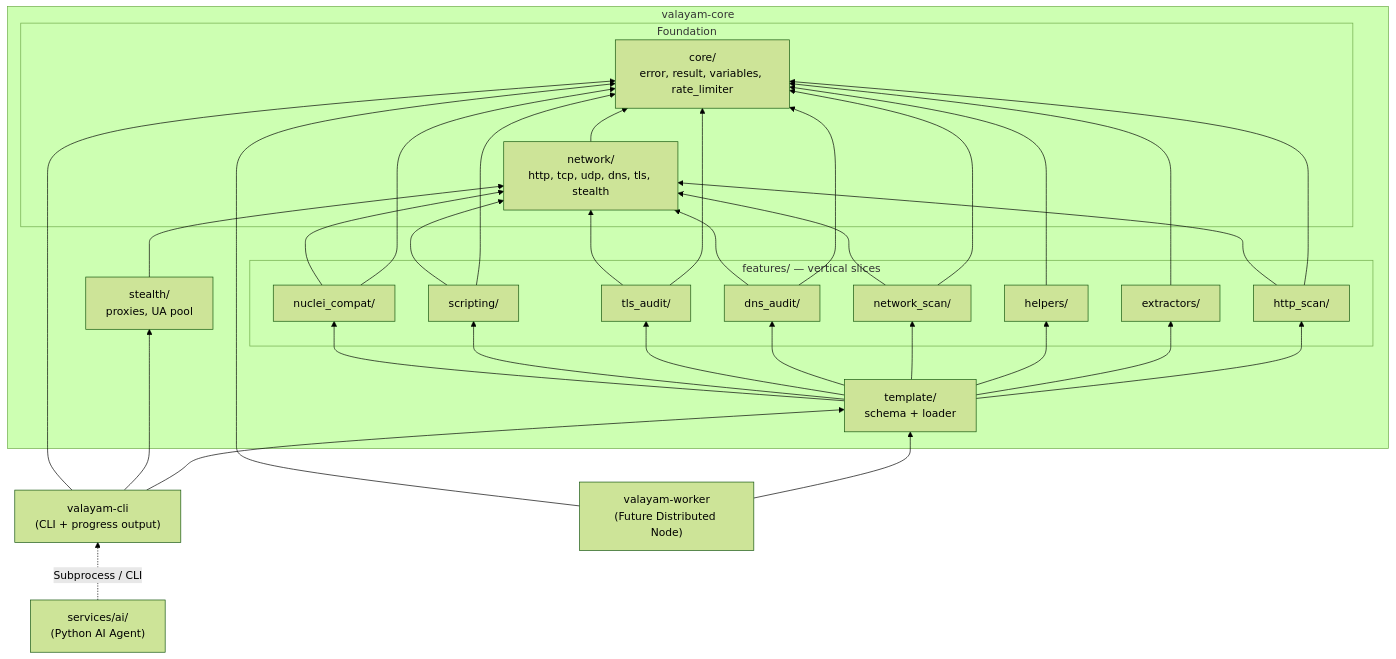
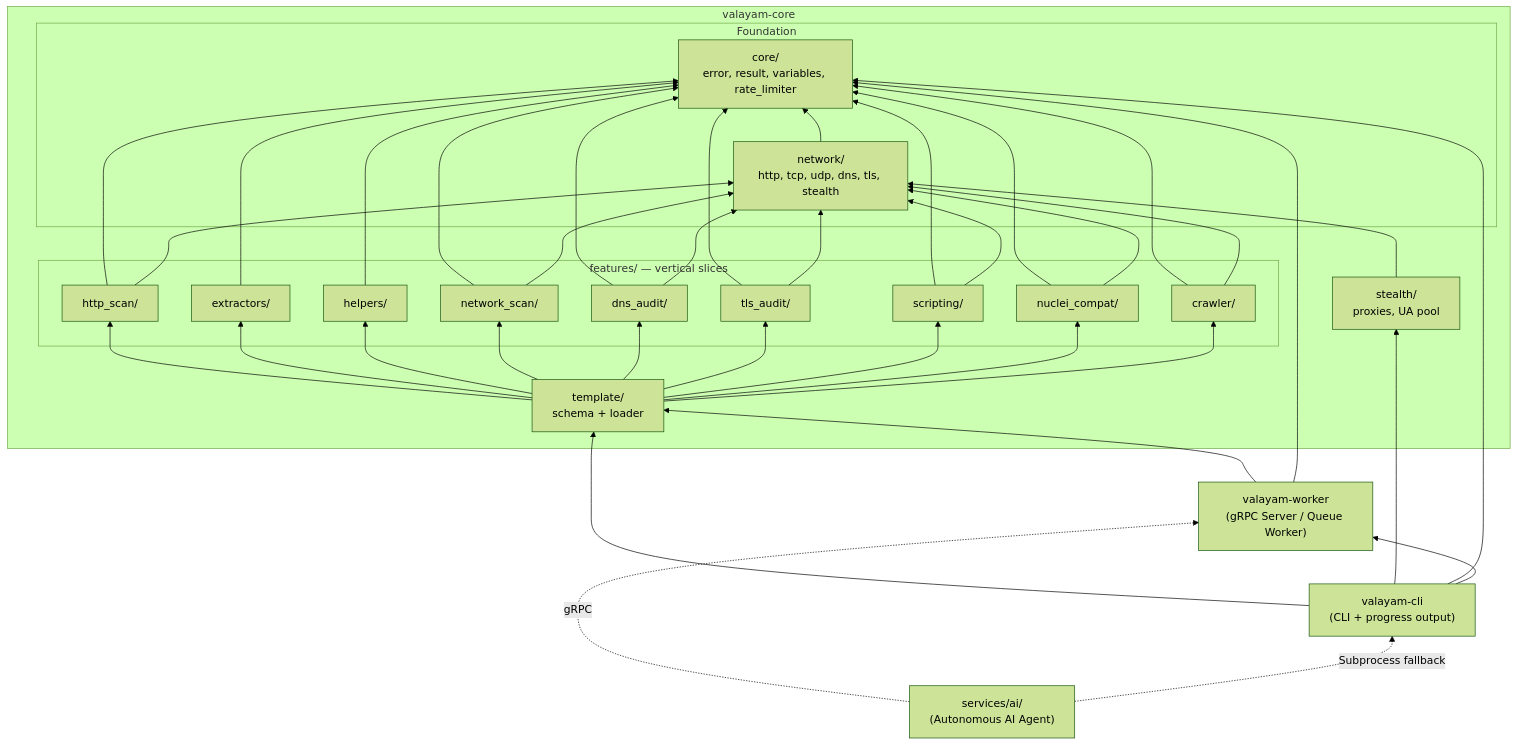
The diagram in architecture.md (1dveeran/valayam), drawn with Mermaid (forest theme) before and after one commit. The commit also changed other lines of this file and 54 other files, not shown here.

Commit message:
feat: implement core scanning engine with modular feature architecture, multi-protocol support, and distributed task management via broker drivers.

````diff
--- a/architecture.md
+++ b/architecture.md
@@ -40,63 +42,69 @@
 ```mermaid
 graph BT
     subgraph Core["valayam-core"]
         subgraph Foundation
             CoreData["core/<br/>error, result, variables, rate_limiter"]
             Network["network/<br/>http, tcp, udp, dns, tls, stealth"]
         end
 
         subgraph Slices["features/ — vertical slices"]
             HTTP["http_scan/"]
             Extract["extractors/"]
             Helpers["helpers/"]
             NetScan["network_scan/"]
             DNS["dns_audit/"]
             TLS["tls_audit/"]
             Script["scripting/"]
             Nuclei["nuclei_compat/"]
+            Crawler["crawler/"]
         end
 
         Stealth["stealth/<br/>proxies, UA pool"]
         Template["template/<br/>schema + loader"]
     end
 
     CLI["valayam-cli<br/>(CLI + progress output)"]
-    Worker["valayam-worker<br/>(Future Distributed Node)"]
-    AIAgent["services/ai/<br/>(Python AI Agent)"]
+    Worker["valayam-worker<br/>(gRPC Server / Queue Worker)"]
+    AIAgent["services/ai/<br/>(Autonomous AI Agent)"]
 
     Network --> CoreData
     Stealth --> Network
 
     HTTP --> CoreData
     HTTP --> Network
     Extract --> CoreData
     Helpers --> CoreData
     NetScan --> CoreData
     NetScan --> Network
     DNS --> CoreData
     DNS --> Network
     TLS --> CoreData
     TLS --> Network
     Script --> CoreData
     Script --> Network
     Nuclei --> CoreData
     Nuclei --> Network
+    Crawler --> CoreData
+    Crawler --> Network
 
     Template --> HTTP
     Template --> Extract
     Template --> Helpers
     Template --> NetScan
     Template --> DNS
     Template --> TLS
     Template --> Script
     Template --> Nuclei
+    Template --> Crawler
 
     CLI --> Template
     CLI --> Stealth
     CLI --> CoreData
+    CLI --> Worker
 
     Worker --> Template
     Worker --> CoreData
 
-    AIAgent -.->|Subprocess / CLI| CLI
+    AIAgent -.->|gRPC| Worker
+    AIAgent -.->|Subprocess fallback| CLI
 ```
````
